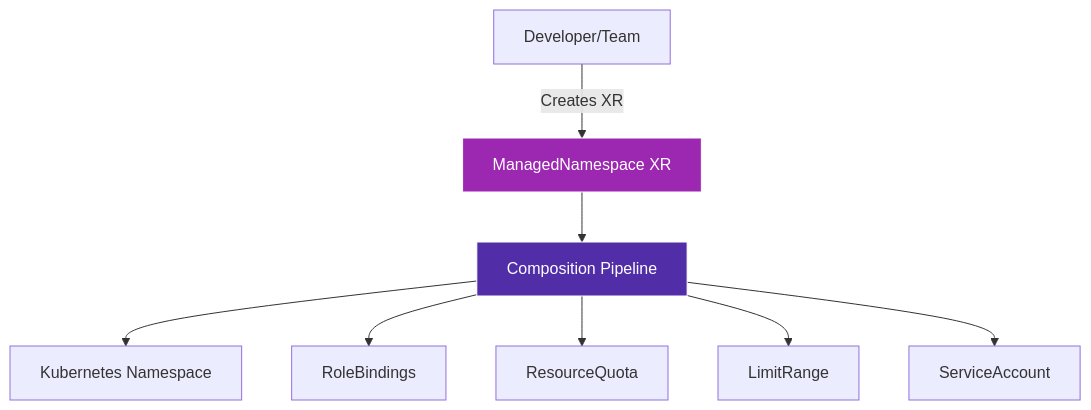
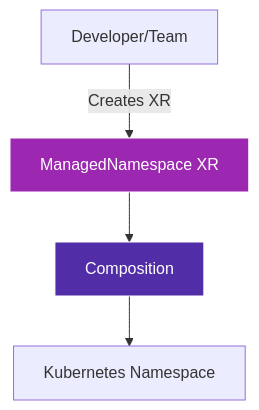
Before and after one commit to open-service-portal/template-namespace: the diagram in docs/index.md, drawn with Mermaid. The commit also changed other lines of this file and 4 other files, not shown here.

````diff
--- a/docs/index.md
+++ b/docs/index.md
@@ -20,13 +18,9 @@
 ```mermaid
 graph TB
     User[Developer/Team] -->|Creates XR| MN[ManagedNamespace XR]
-    MN --> Comp[Composition Pipeline]
+    MN --> Comp[Composition]
     Comp --> NS[Kubernetes Namespace]
-    Comp --> RB[RoleBindings]
-    Comp --> RQ[ResourceQuota]
-    Comp --> LR[LimitRange]
-    Comp --> SA[ServiceAccount]
     
     style MN fill:#9c27b0,stroke:#fff,color:#fff
     style Comp fill:#512da8,stroke:#fff,color:#fff
 ```
````
